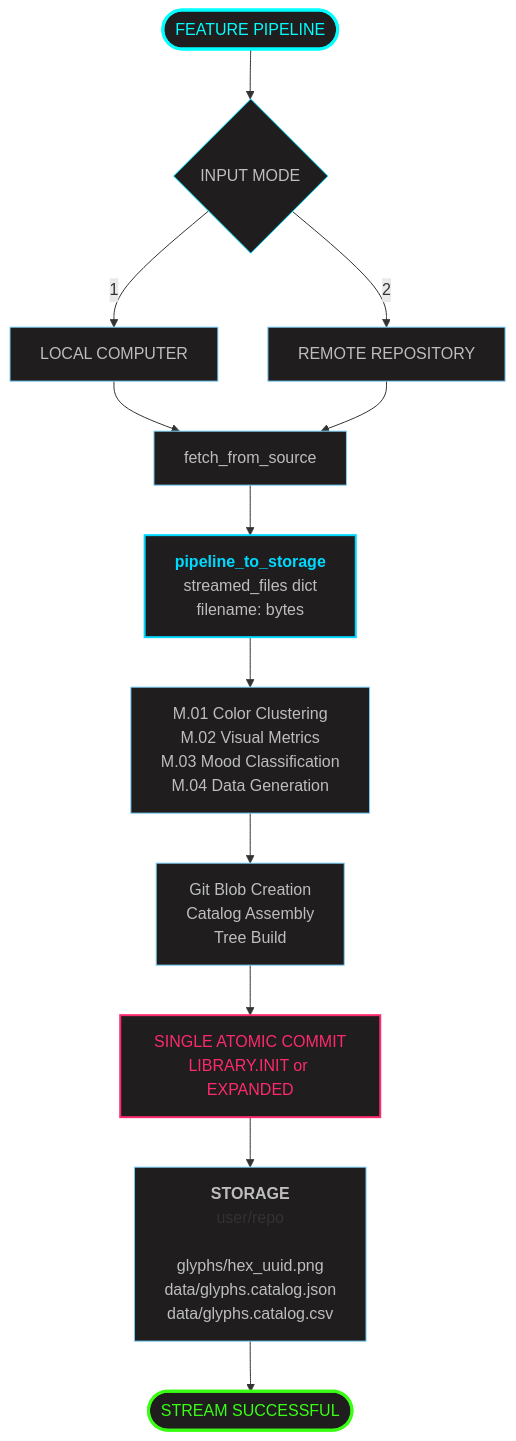
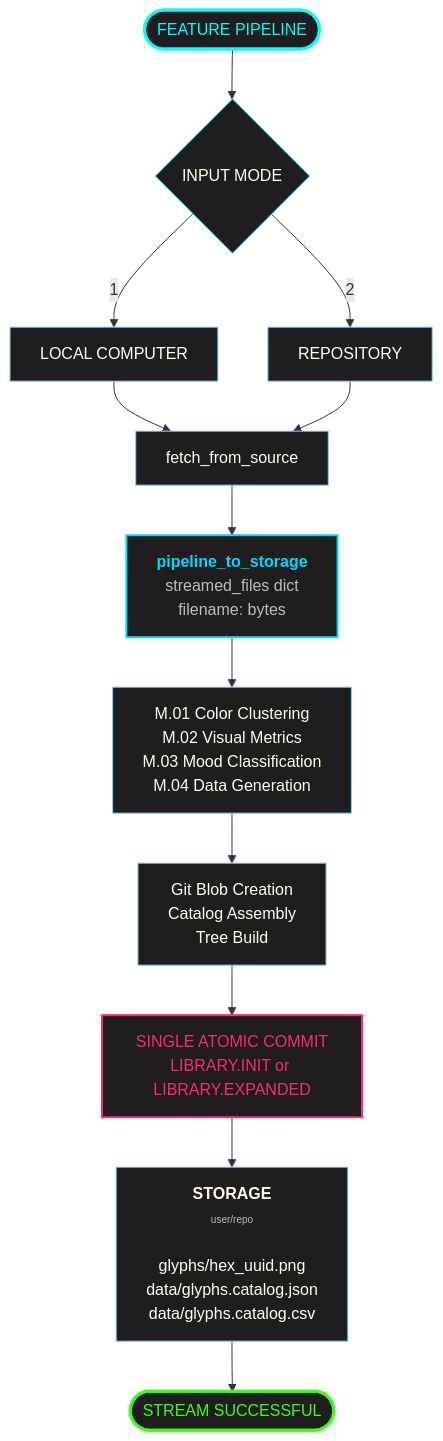
One commit to dduyg/sandbox changed the second of 2 diagrams in README.md. Above: the diagram before and after it, drawn with Mermaid.

````diff
--- a/README.md
+++ b/README.md
@@ -96,34 +96,34 @@
 ```mermaid
 flowchart TD
     Start([FEATURE PIPELINE]) --> InputMode{INPUT MODE}
     
-    InputMode -->|1| Local["<span style='color:#BDBEBD'>LOCAL COMPUTER</span>"]
-    InputMode -->|2| Remote["<span style='color:#BDBEBD'>REMOTE REPOSITORY</span>"]
+    InputMode -->|1| Local["LOCAL COMPUTER"]
+    InputMode -->|2| Remote["REPOSITORY"]
     
-    Local --> Fetch["<span style='color:#BDBEBD'>fetch_from_source</span>"]
+    Local --> Fetch["fetch_from_source"]
     Remote --> Fetch
     
     Fetch --> Pipeline["<b>pipeline_to_storage</b><br/><span style='color:#BDBEBD'>streamed_files dict<br/>filename: bytes</span>"]
     
-    Pipeline --> Processing["<span style='color:#BDBEBD'>M.01 Color Clustering<br/>M.02 Visual Metrics<br/>M.03 Mood Classification<br/>M.04 Data Generation</span>"]
+    Pipeline --> Processing["M.01 Color Clustering<br/>M.02 Visual Metrics<br/>M.03 Mood Classification<br/>M.04 Data Generation"]
     
-    Processing --> GitOps["<span style='color:#BDBEBD'>Git Blob Creation<br/>Catalog Assembly<br/>Tree Build</span>"]
+    Processing --> GitOps["Git Blob Creation<br/>Catalog Assembly<br/>Tree Build"]
     
-    GitOps --> Commit[SINGLE ATOMIC COMMIT<br/>LIBRARY.INIT or EXPANDED]
+    GitOps --> Commit[SINGLE ATOMIC COMMIT<br/>LIBRARY.INIT or LIBRARY.EXPANDED]
     
-    Commit --> Storage["<span style='color:#BDBEBD'><b>STORAGE</b></span><br/><span style='font-size:10px; color:#BDBEBD'>user/repo</span><br/><br/><span style='color:#BDBEBD'>glyphs/hex_uuid.png<br/>data/glyphs.catalog.json<br/>data/glyphs.catalog.csv</span>"]
+    Commit --> Storage["<b>STORAGE</b><br/><span style='font-size:10px; color:#BDBEBD'>user/repo</span><br/><br/><span style='color:#FFFEEC'>glyphs/hex_uuid.png<br/>data/glyphs.catalog.json<br/>data/glyphs.catalog.csv</span>"]
     
     Storage --> Success([STREAM SUCCESSFUL])
     
     style Start fill:#1F1D1E,stroke:#0ff,stroke-width:3px,color:#0ff
     style Pipeline fill:#1F1D1E,stroke:#00d9ff,stroke-width:2px,color:#00d9ff
     style Commit fill:#1F1D1E,stroke:#ff2a6d,stroke-width:2px,color:#ff2a6d
     style Success fill:#1F1D1E,stroke:#39ff14,stroke-width:3px,color:#39ff14
-    style Processing fill:#1F1D1E,stroke:#7dd3fc,stroke-width:1px,color:#BDBEBD
-    style GitOps fill:#1F1D1E,stroke:#7dd3fc,stroke-width:1px,color:#BDBEBD
-    style Storage fill:#1F1D1E,stroke:#7dd3fc,stroke-width:1px,color:#BDBEBD
-    style InputMode fill:#1F1D1E,stroke:#00d9ff,stroke-width:1px,color:#BDBEBD
-    style Local fill:#1F1D1E,stroke:#7dd3fc,stroke-width:1px,color:#BDBEBD
-    style Remote fill:#1F1D1E,stroke:#7dd3fc,stroke-width:1px,color:#BDBEBD
-    style Fetch fill:#1F1D1E,stroke:#7dd3fc,stroke-width:1px,color:#BDBEBD
+    style Processing fill:#1F1D1E,stroke:#7dd3fc,stroke-width:1px,color:#FFFEEC
+    style GitOps fill:#1F1D1E,stroke:#7dd3fc,stroke-width:1px,color:#FFFEEC
+    style Storage fill:#1F1D1E,stroke:#7dd3fc,stroke-width:1px,color:#FFFEEC
+    style InputMode fill:#1F1D1E,stroke:#00d9ff,stroke-width:1px,color:#FFFEEC
+    style Local fill:#1F1D1E,stroke:#7dd3fc,stroke-width:1px,color:#FFFEEC
+    style Remote fill:#1F1D1E,stroke:#7dd3fc,stroke-width:1px,color:#FFFEEC
+    style Fetch fill:#1F1D1E,stroke:#7dd3fc,stroke-width:1px,color:#FFFEEC
 ```
````
